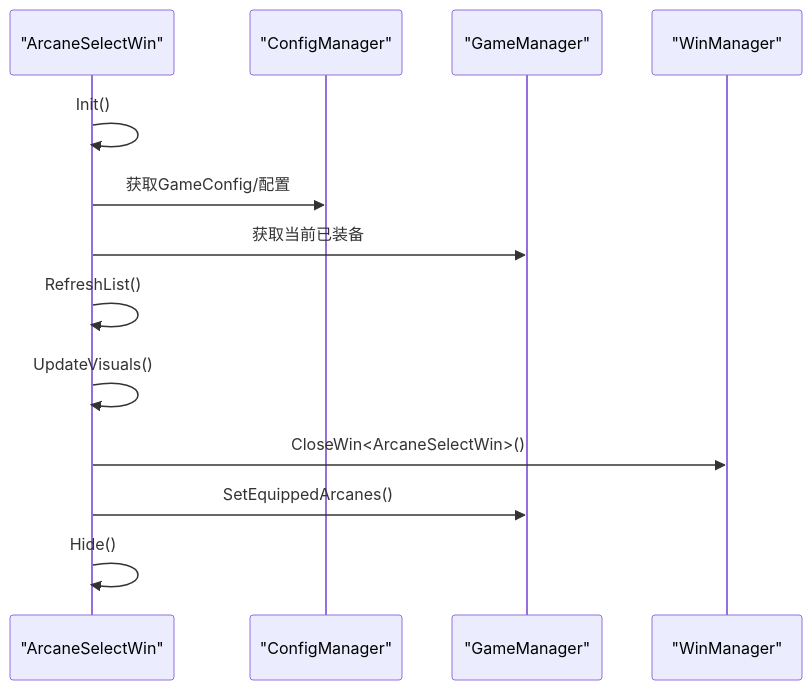
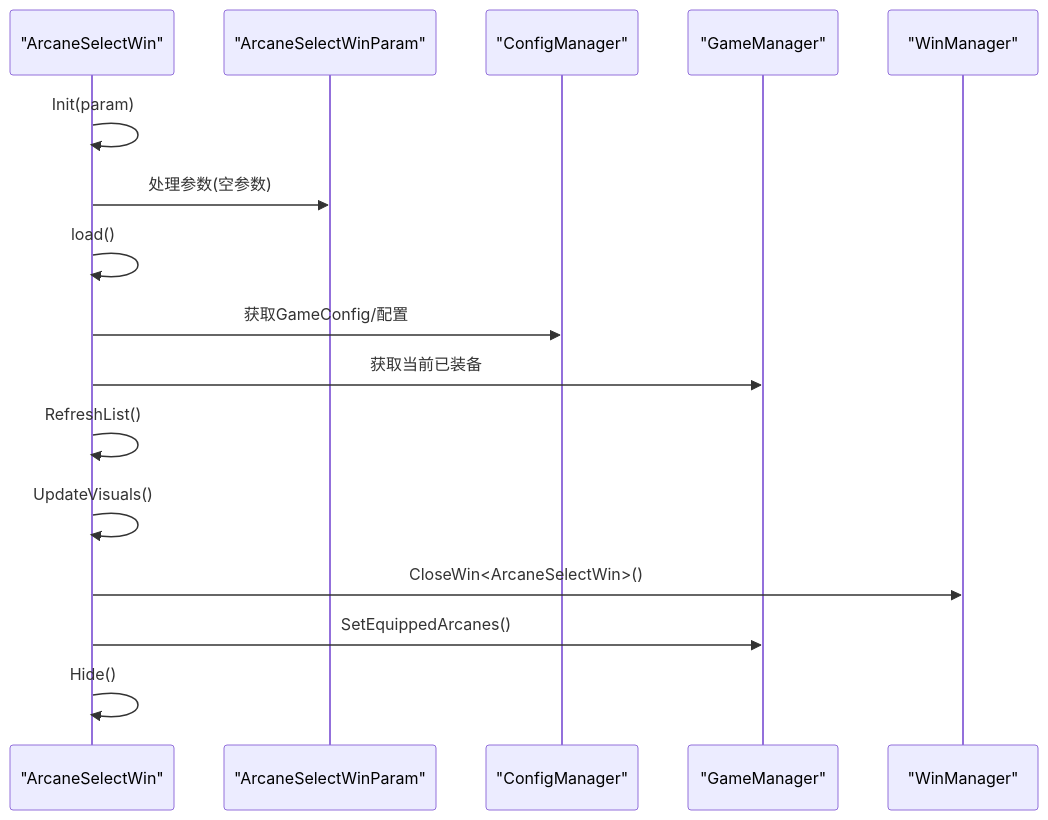
The sixth of 9 diagrams in .qoder/repowiki/zh/content/用户界面系统/窗口管理系统.md (Tuusen/p1_client), drawn with Mermaid before and after one commit. The commit also changed other lines of this file and 21 other files, not shown here.

````diff
--- a/.qoder/repowiki/zh/content/用户界面系统/窗口管理系统.md
+++ b/.qoder/repowiki/zh/content/用户界面系统/窗口管理系统.md
@@ -294,15 +324,18 @@
 ```mermaid
 sequenceDiagram
 participant UI as "ArcaneSelectWin"
+participant Param as "ArcaneSelectWinParam"
 participant Cfg as "ConfigManager"
 participant GM as "GameManager"
 participant WM as "WinManager"
-UI->>UI : Init()
+UI->>UI : Init(param)
+UI->>Param : 处理参数(空参数)
+UI->>UI : load()
 UI->>Cfg : 获取GameConfig/配置
 UI->>GM : 获取当前已装备
 UI->>UI : RefreshList()
 UI->>UI : UpdateVisuals()
 UI->>WM : CloseWin<ArcaneSelectWin>()
 UI->>GM : SetEquippedArcanes()
 UI->>UI : Hide()
 ```
````
